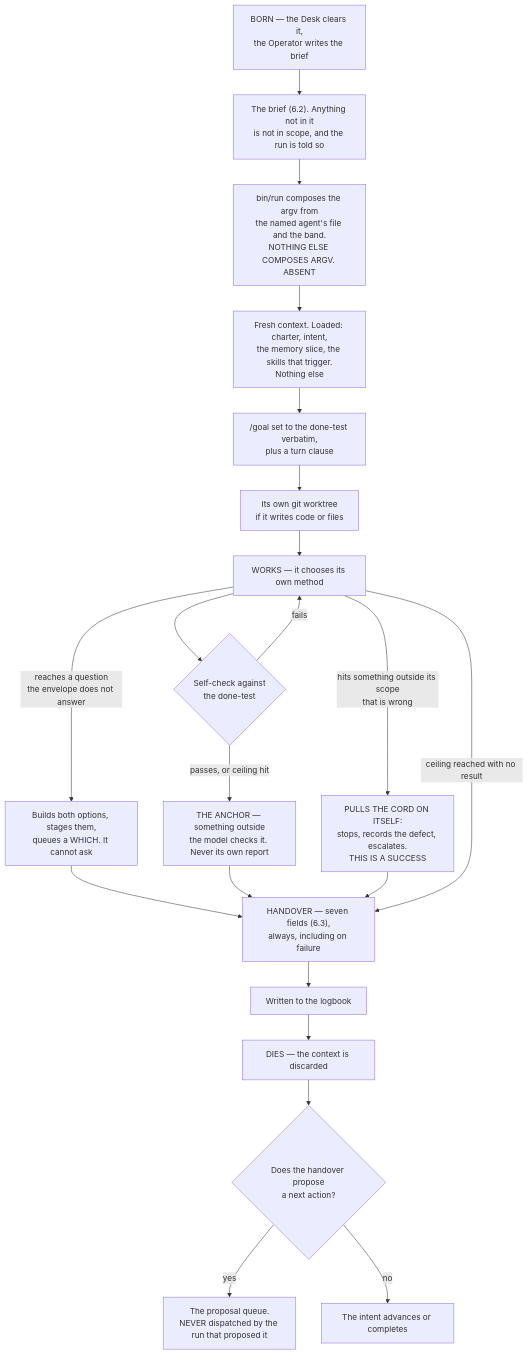
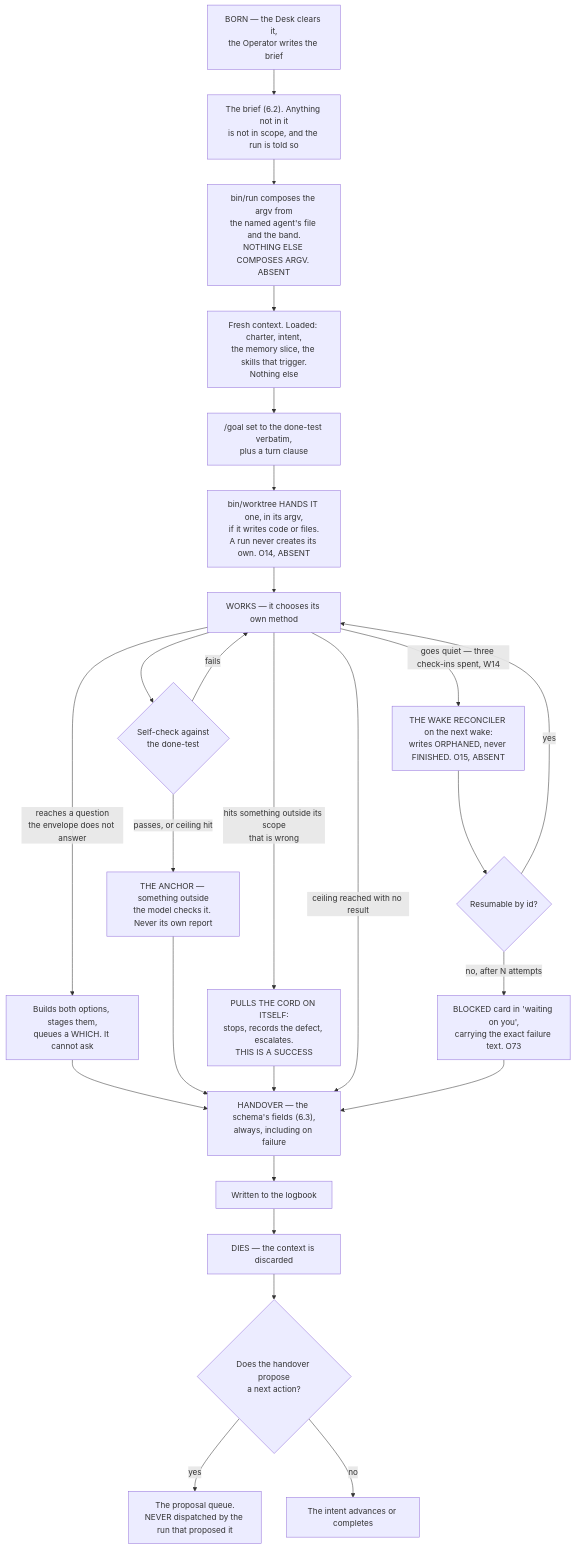
One commit to Adam077K/agentvibe changed the diagram in docs/03-system-design/final-v2/parts/06-a-run.md. Above: the diagram before and after it, drawn with Mermaid. The commit also changed other lines of this file and 8 other files, not shown here.

First line of the commit message:
docs(final-v2): B1 and B2 — the rethink round in §0–§2, §4, §13a (82 rows, work-item store, lexicographic Desk, away mode) and §3, §5, §6, §17 (identity, cord, messaging, wave one of ten, packs, expiry, reconciler, inventory)

````diff
--- a/docs/03-system-design/final-v2/parts/06-a-run.md
+++ b/docs/03-system-design/final-v2/parts/06-a-run.md
@@ -21,23 +21,28 @@
 ```mermaid
 flowchart TD
     BIRTH["BORN — the Desk clears it,<br/>the Operator writes the brief"] --> BRIEF
     BRIEF["The brief (6.2). Anything not in it<br/>is not in scope, and the run is told so"] --> ARGV["bin/run composes the argv from<br/>the named agent's file and the band.<br/>NOTHING ELSE COMPOSES ARGV. ABSENT"]
     ARGV --> CTX["Fresh context. Loaded: charter, intent,<br/>the memory slice, the skills that trigger.<br/>Nothing else"]
     CTX --> GOAL["/goal set to the done-test verbatim,<br/>plus a turn clause"]
-    GOAL --> ISO["Its own git worktree<br/>if it writes code or files"]
+    GOAL --> ISO["bin/worktree HANDS IT one, in its argv,<br/>if it writes code or files.<br/>A run never creates its own. O14, ABSENT"]
     ISO --> WORK["WORKS — it chooses its own method"]
     WORK --> SELF{"Self-check against<br/>the done-test"}
     SELF -->|"fails"| WORK
     SELF -->|"passes, or ceiling hit"| ANCH["THE ANCHOR — something outside<br/>the model checks it. Never its own report"]
     WORK -->|"hits something outside its scope<br/>that is wrong"| CORD["PULLS THE CORD ON ITSELF:<br/>stops, records the defect, escalates.<br/>THIS IS A SUCCESS"]
     WORK -->|"reaches a question<br/>the envelope does not answer"| STAGE["Builds both options, stages them,<br/>queues a WHICH. It cannot ask"]
     STAGE --> HAND
-    ANCH --> HAND["HANDOVER — seven fields (6.3),<br/>always, including on failure"]
+    ANCH --> HAND["HANDOVER — the schema's fields (6.3),<br/>always, including on failure"]
     CORD --> HAND
     WORK -->|"ceiling reached with no result"| HAND
+    WORK -->|"goes quiet — three check-ins spent, W14"| ORPH["THE WAKE RECONCILER on the next wake:<br/>writes ORPHANED, never FINISHED. O15, ABSENT"]
+    ORPH --> RES{"Resumable by id?"}
+    RES -->|"yes"| WORK
+    RES -->|"no, after N attempts"| BLK["BLOCKED card in 'waiting on you',<br/>carrying the exact failure text. O73"]
+    BLK --> HAND
     HAND --> LOG["Written to the logbook"]
     LOG --> DIE["DIES — the context is discarded"]
     DIE --> NEXT{"Does the handover propose<br/>a next action?"}
     NEXT -->|"yes"| Q["The proposal queue.<br/>NEVER dispatched by the run that proposed it"]
     NEXT -->|"no"| END["The intent advances or completes"]
 ```
````
